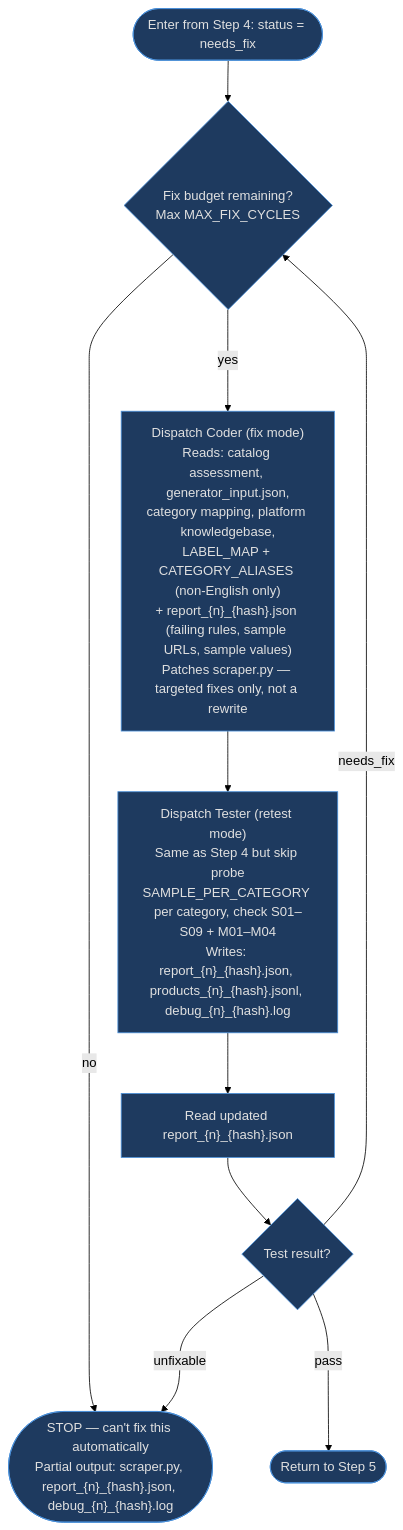
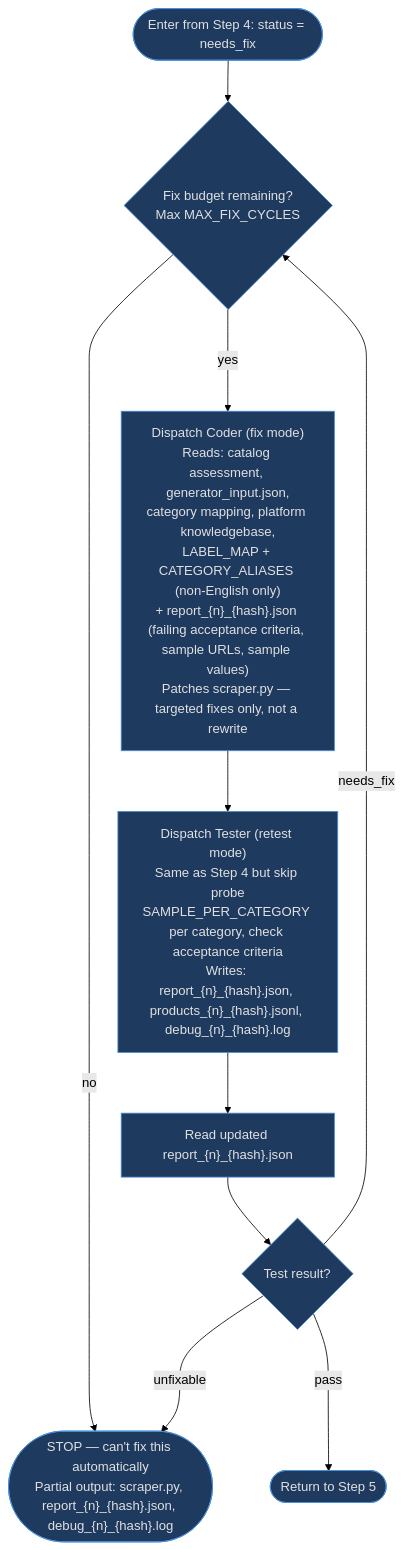
The third of 3 diagrams in .claude/skills/scraper-generator/references/orchestrator.md (oginskis/dark-factory), drawn with Mermaid (forest theme) before and after one commit. The commit also changed other lines of this file and 260 other files, not shown here.

First line of the commit message:
Acceptance criteria as single source of truth for scraper-generator

````diff
--- a/.claude/skills/scraper-generator/references/orchestrator.md
+++ b/.claude/skills/scraper-generator/references/orchestrator.md
@@ -103,14 +98,14 @@
 ```mermaid
 flowchart TD
     START(["Enter from Step 4: status = needs_fix"])
     START --> BUDGET{"Fix budget remaining?<br/>Max MAX_FIX_CYCLES"}
     BUDGET --->|no| ESC(["STOP — can't fix this automatically<br/>Partial output: scraper.py, report_{n}_{hash}.json, debug_{n}_{hash}.log"])
-    BUDGET --->|yes| CFIX["Dispatch Coder (fix mode)<br/>Reads: catalog assessment, generator_input.json,<br/>category mapping, platform knowledgebase,<br/>LABEL_MAP + CATEGORY_ALIASES (non-English only)<br/>+ report_{n}_{hash}.json (failing rules, sample URLs, sample values)<br/>Patches scraper.py — targeted fixes only, not a rewrite"]
-    CFIX --> RETEST["Dispatch Tester (retest mode)<br/>Same as Step 4 but skip probe<br/>SAMPLE_PER_CATEGORY per category, check S01–S09 + M01–M04<br/>Writes: report_{n}_{hash}.json, products_{n}_{hash}.jsonl, debug_{n}_{hash}.log"]
+    BUDGET --->|yes| CFIX["Dispatch Coder (fix mode)<br/>Reads: catalog assessment, generator_input.json,<br/>category mapping, platform knowledgebase,<br/>LABEL_MAP + CATEGORY_ALIASES (non-English only)<br/>+ report_{n}_{hash}.json (failing acceptance criteria, sample URLs, sample values)<br/>Patches scraper.py — targeted fixes only, not a rewrite"]
+    CFIX --> RETEST["Dispatch Tester (retest mode)<br/>Same as Step 4 but skip probe<br/>SAMPLE_PER_CATEGORY per category, check acceptance criteria<br/>Writes: report_{n}_{hash}.json, products_{n}_{hash}.jsonl, debug_{n}_{hash}.log"]
     RETEST --> REREAD["Read updated report_{n}_{hash}.json"]
     REREAD --> RESTATUS{"Test result?"}
     RESTATUS --->|pass| DONE(["Return to Step 5"])
     RESTATUS --->|needs_fix| BUDGET
     RESTATUS --->|unfixable| ESC
     classDef default fill:#1e3a5f,stroke:#4a90d9,color:#e0e0e0
 ```
````
